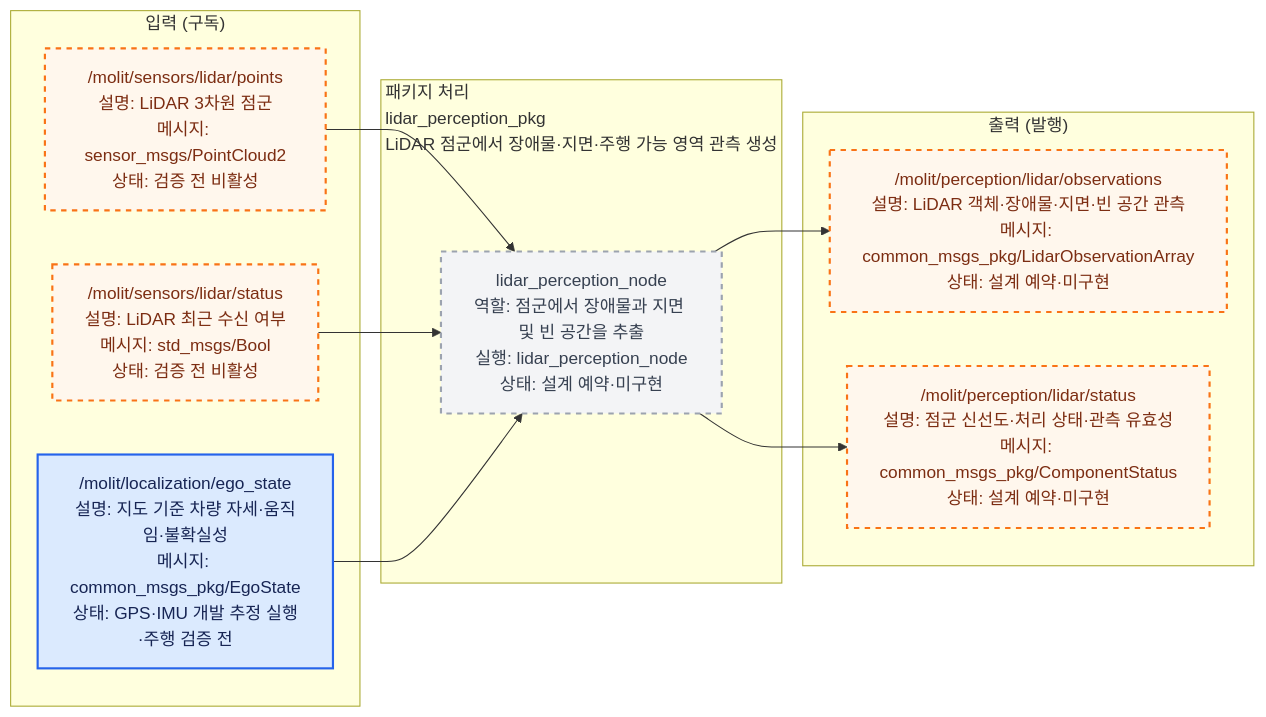
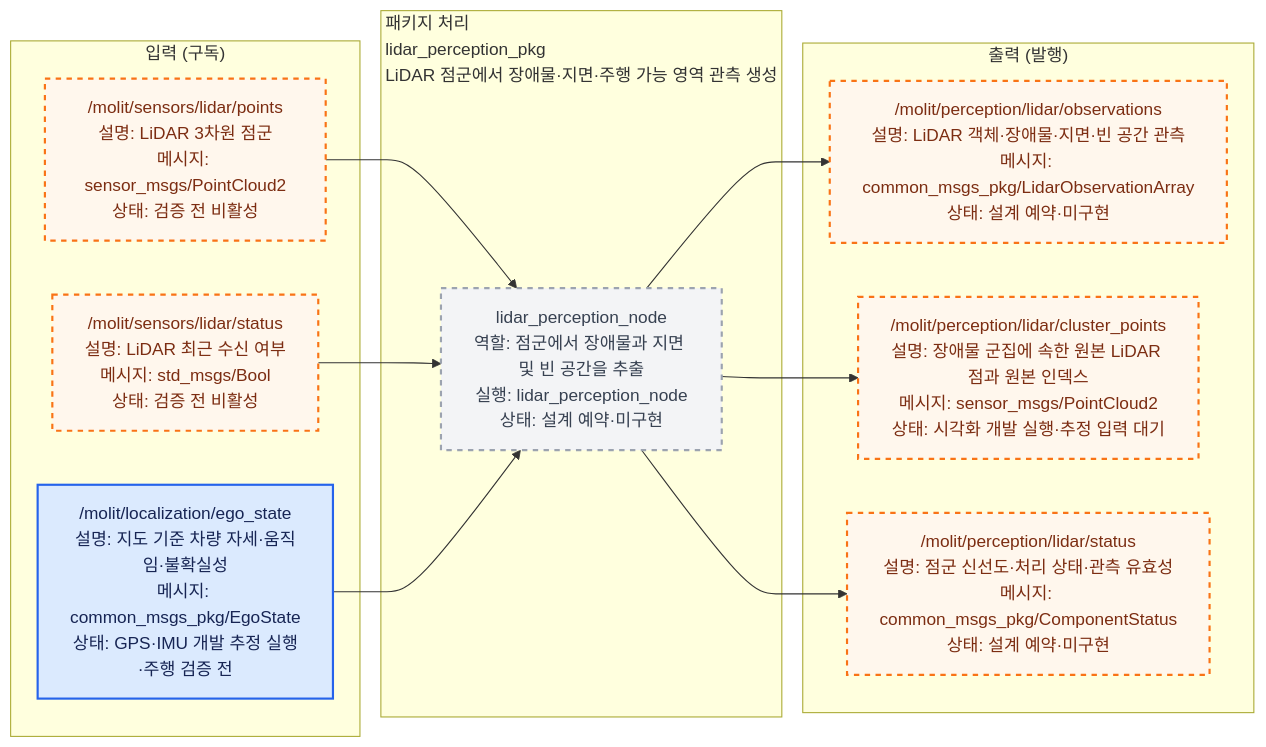
Before and after one commit to Team-Stier/Morai_Sim_team2: the diagram in src/lidar_perception_pkg/docs/interface_io.mmd, drawn with Mermaid. The commit also changed 37 other files, not shown here.

```diff
--- a/src/lidar_perception_pkg/docs/interface_io.mmd
+++ b/src/lidar_perception_pkg/docs/interface_io.mmd
@@ -1,35 +1,38 @@
 %% AUTO-GENERATED by ros_architecture_pkg/scripts/generate_interface_diagrams.py. DO NOT EDIT.
 %% Source of truth: ros_architecture_pkg/config/interface_contract.yaml
 flowchart LR
     classDef liveNode fill:#dcfce7,color:#14532d,stroke:#16a34a,stroke-width:2px;
     classDef reservedNode fill:#f3f4f6,color:#374151,stroke:#9ca3af,stroke-width:2px,stroke-dasharray: 5 5;
     classDef liveTopic fill:#dbeafe,color:#172554,stroke:#2563eb,stroke-width:2px;
     classDef reservedTopic fill:#fff7ed,color:#7c2d12,stroke:#f97316,stroke-width:2px,stroke-dasharray: 5 5;
     classDef emptyPort fill:#ffffff,color:#6b7280,stroke:#d1d5db,stroke-dasharray: 3 3;
     classDef externalEndpoint fill:#f3e8ff,color:#581c87,stroke:#9333ea,stroke-width:3px;
 
     subgraph INPUTS["입력 (구독)"]
         input_000["/molit/sensors/lidar/points<br/>설명: LiDAR 3차원 점군<br/>메시지: sensor_msgs/PointCloud2<br/>상태: 검증 전 비활성"]
         input_001["/molit/sensors/lidar/status<br/>설명: LiDAR 최근 수신 여부<br/>메시지: std_msgs/Bool<br/>상태: 검증 전 비활성"]
         input_002["/molit/localization/ego_state<br/>설명: 지도 기준 차량 자세·움직임·불확실성<br/>메시지: common_msgs_pkg/EgoState<br/>상태: GPS·IMU 개발 추정 실행·주행 검증 전"]
     end
     subgraph PACKAGE["패키지 처리<br/>lidar_perception_pkg<br/>LiDAR 점군에서 장애물·지면·주행 가능 영역 관측 생성"]
         local_node_000["lidar_perception_node<br/>역할: 점군에서 장애물과 지면 및 빈 공간을 추출<br/>실행: lidar_perception_node<br/>상태: 설계 예약·미구현"]
     end
     subgraph OUTPUTS["출력 (발행)"]
         output_000["/molit/perception/lidar/observations<br/>설명: LiDAR 객체·장애물·지면·빈 공간 관측<br/>메시지: common_msgs_pkg/LidarObservationArray<br/>상태: 설계 예약·미구현"]
-        output_001["/molit/perception/lidar/status<br/>설명: 점군 신선도·처리 상태·관측 유효성<br/>메시지: common_msgs_pkg/ComponentStatus<br/>상태: 설계 예약·미구현"]
+        output_001["/molit/perception/lidar/cluster_points<br/>설명: 장애물 군집에 속한 원본 LiDAR 점과 원본 인덱스<br/>메시지: sensor_msgs/PointCloud2<br/>상태: 시각화 개발 실행·추정 입력 대기"]
+        output_002["/molit/perception/lidar/status<br/>설명: 점군 신선도·처리 상태·관측 유효성<br/>메시지: common_msgs_pkg/ComponentStatus<br/>상태: 설계 예약·미구현"]
     end
 
     input_000 --> local_node_000
     input_001 --> local_node_000
     input_002 --> local_node_000
     local_node_000 --> output_000
     local_node_000 --> output_001
+    local_node_000 --> output_002
 
     class local_node_000 reservedNode;
     class input_000 reservedTopic;
     class input_001 reservedTopic;
     class input_002 liveTopic;
     class output_000 reservedTopic;
     class output_001 reservedTopic;
+    class output_002 reservedTopic;
```
